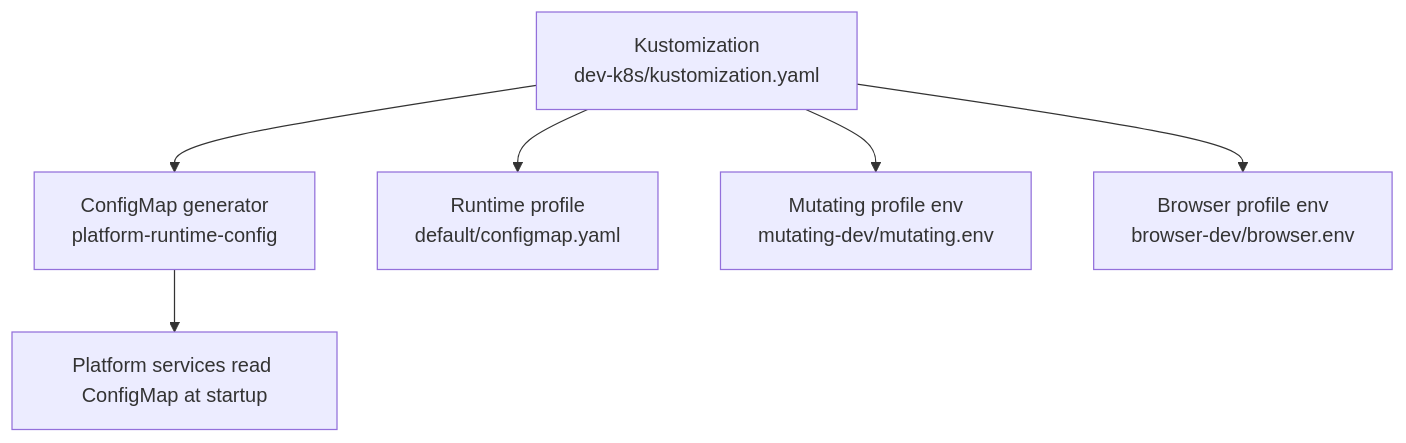
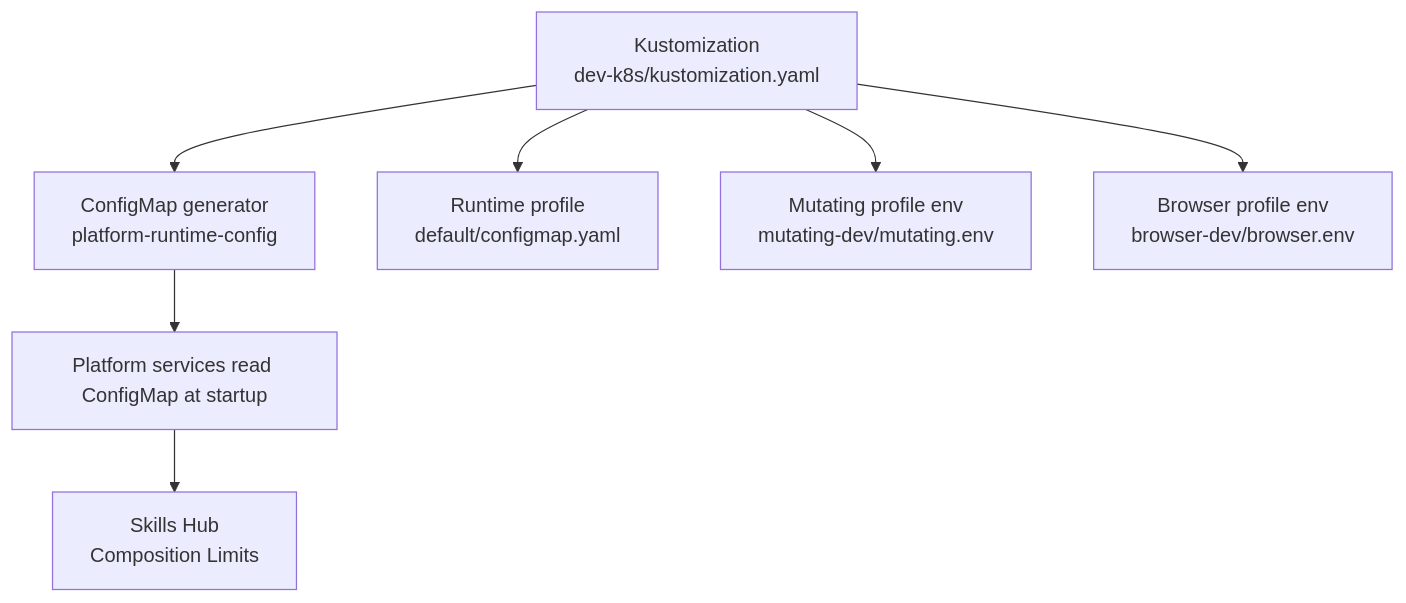
Before and after one commit to metasync/luban-aiops: the first of 4 diagrams in .qoder/repowiki/en/content/Deployment and Operations/Configuration Management.md, drawn with Mermaid. The commit also changed other lines of this file and 242 other files, not shown here.

````diff
--- a/.qoder/repowiki/en/content/Deployment and Operations/Configuration Management.md
+++ b/.qoder/repowiki/en/content/Deployment and Operations/Configuration Management.md
@@ -53,8 +58,9 @@
 ```mermaid
 graph TB
 A["Kustomization<br/>dev-k8s/kustomization.yaml"] --> B["ConfigMap generator<br/>platform-runtime-config"]
 A --> C["Runtime profile<br/>default/configmap.yaml"]
 A --> D["Mutating profile env<br/>mutating-dev/mutating.env"]
 A --> E["Browser profile env<br/>browser-dev/browser.env"]
 B --> F["Platform services read ConfigMap at startup"]
+F --> G["Skills Hub<br/>Composition Limits"]
 ```
````
